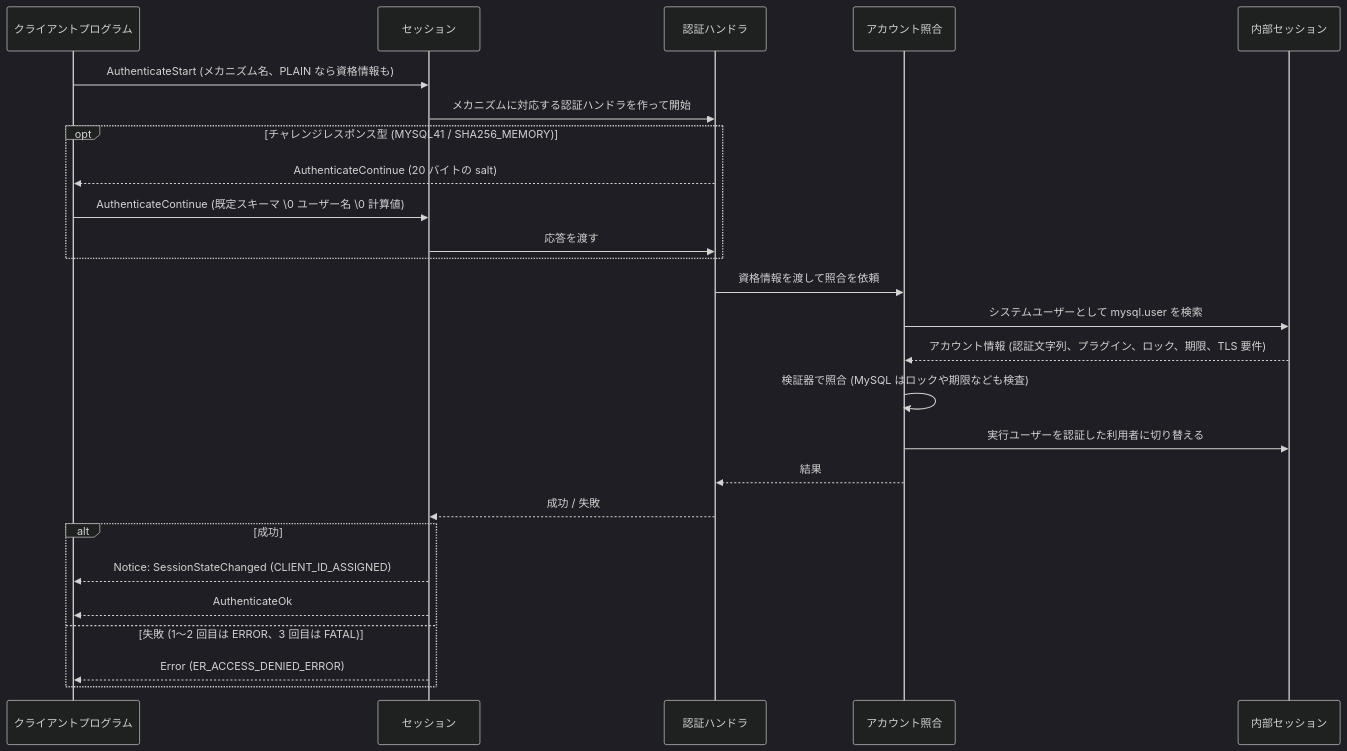
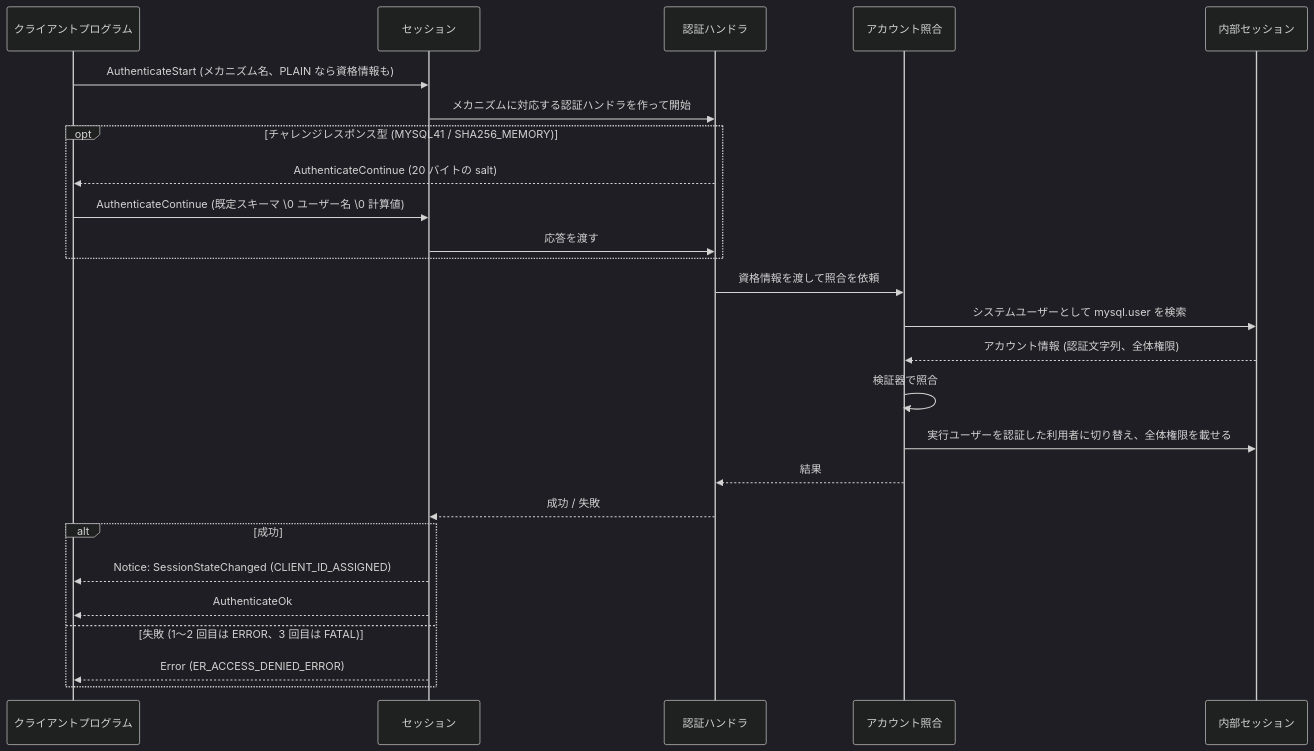
The second of 2 diagrams in docs/specification/connection/authentication.md (ren-yamanashi/minesql), drawn with Mermaid (dark theme) before and after one commit. The commit also changed other lines of this file, not shown here.

````diff
--- a/docs/specification/connection/authentication.md
+++ b/docs/specification/connection/authentication.md
@@ -70,28 +79,28 @@
 ```mermaid
 sequenceDiagram
     participant C as クライアントプログラム
     participant S as セッション
     participant A as 認証ハンドラ
     participant V as アカウント照合
     participant I as 内部セッション
     C->>S: AuthenticateStart (メカニズム名、PLAIN なら資格情報も)
     S->>A: メカニズムに対応する認証ハンドラを作って開始
     opt チャレンジレスポンス型 (MYSQL41 / SHA256_MEMORY)
         A-->>C: AuthenticateContinue (20 バイトの salt)
         C->>S: AuthenticateContinue (既定スキーマ \0 ユーザー名 \0 計算値)
         S->>A: 応答を渡す
     end
     A->>V: 資格情報を渡して照合を依頼
     V->>I: システムユーザーとして mysql.user を検索
-    I-->>V: アカウント情報 (認証文字列、プラグイン、ロック、期限、TLS 要件)
-    V->>V: 検証器で照合 (MySQL はロックや期限なども検査)
-    V->>I: 実行ユーザーを認証した利用者に切り替える
+    I-->>V: アカウント情報 (認証文字列、全体権限)
+    V->>V: 検証器で照合
+    V->>I: 実行ユーザーを認証した利用者に切り替え、全体権限を載せる
     V-->>A: 結果
     A-->>S: 成功 / 失敗
     alt 成功
         S-->>C: Notice: SessionStateChanged (CLIENT_ID_ASSIGNED)
         S-->>C: AuthenticateOk
     else 失敗 (1〜2 回目は ERROR、3 回目は FATAL)
         S-->>C: Error (ER_ACCESS_DENIED_ERROR)
     end
 ```
````
